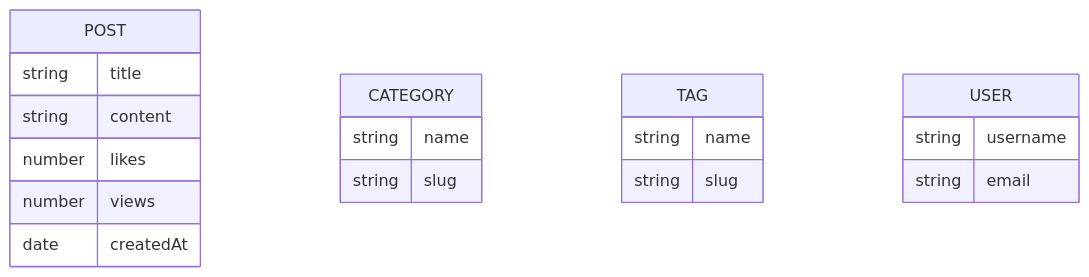
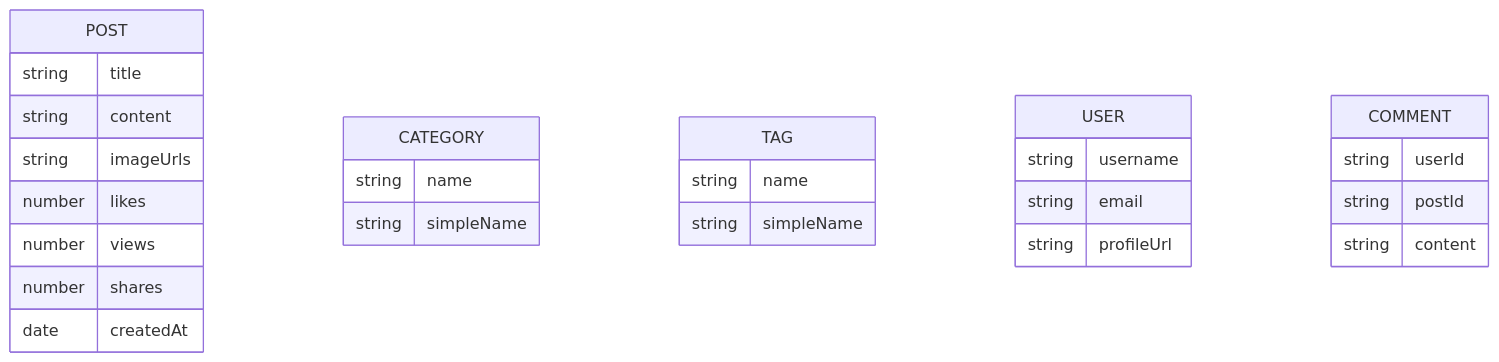
The diagram in README.md (Robertgovind/Tagify), drawn with Mermaid before and after one commit. The commit also changed other lines of this file and 2 other files, not shown here.

````diff
--- a/README.md
+++ b/README.md
@@ -30,22 +58,30 @@
 ```mermaid
 erDiagram
     POST {
         string title
         string content
+        string imageUrls
         number likes
         number views
+        number shares
         date createdAt
     }
     CATEGORY {
         string name
-        string slug
+        string simpleName
     }
     TAG {
         string name
-        string slug
+        string simpleName
     }
     USER {
         string username
         string email
+        string profileUrl
+    }
+    COMMENT {
+        string userId
+        string postId
+        string content
     }
 ```
````
